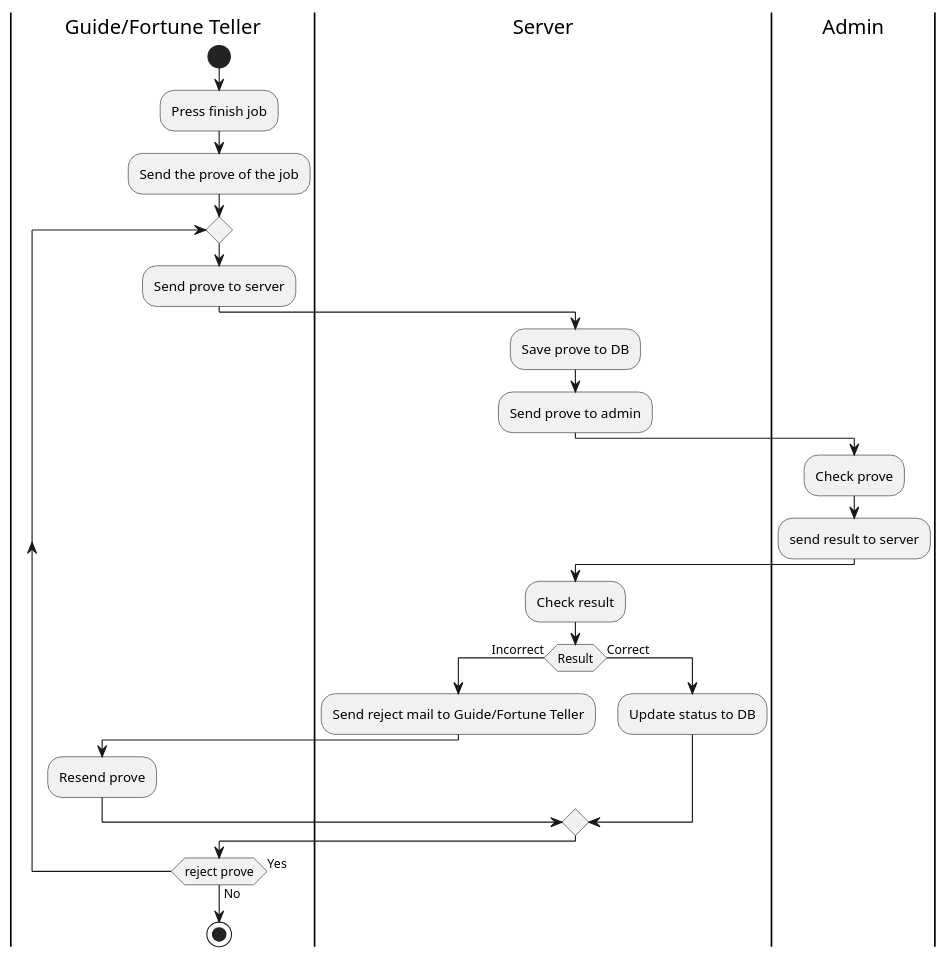
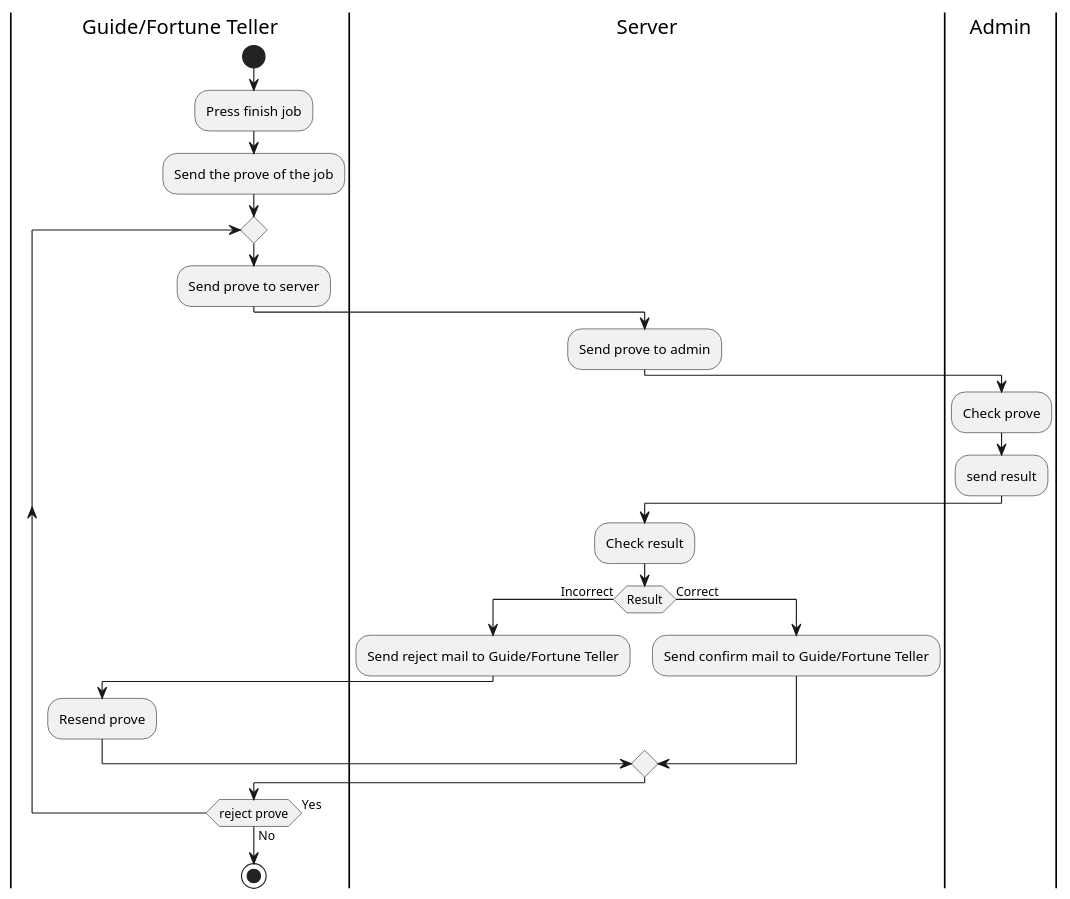
One commit to Nxwbtk/SA-Diagram changed the sixth of 7 diagrams in activity-diagram.plantuml. Above: the diagram before and after it, drawn with PlantUML. The commit also changed other lines of this file and 9 other files, not shown here.

```diff
--- a/activity-diagram.plantuml
+++ b/activity-diagram.plantuml
@@ -183,27 +157,26 @@
 @startuml
 |Guide/Fortune Teller|
 start
 :Press finish job;
 :Send the prove of the job;
 repeat
 :Send prove to server;
 |Server|
-:Save prove to DB;
 :Send prove to admin;
 |Admin|
 :Check prove;
-:send result to server;
+:send result;
 |Server|
 :Check result;
 if (Result) is (Incorrect) then
 	:Send reject mail to Guide/Fortune Teller;
 	|Guide/Fortune Teller|
 	:Resend prove;
 else (Correct)
 	|Server|
-	:Update status to DB;
+	:Send confirm mail to Guide/Fortune Teller;
 endif
 |Guide/Fortune Teller|
 repeat while (reject prove) is (Yes) not (No)
 stop
 @enduml
```
